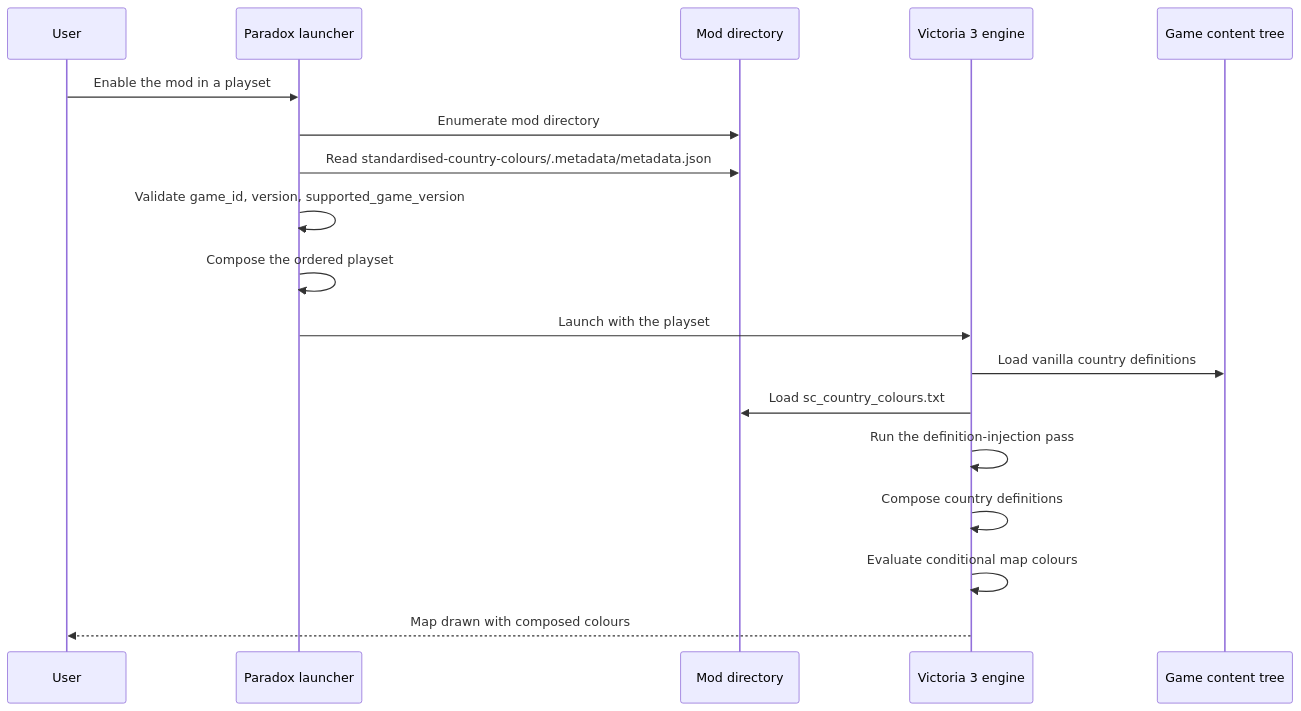
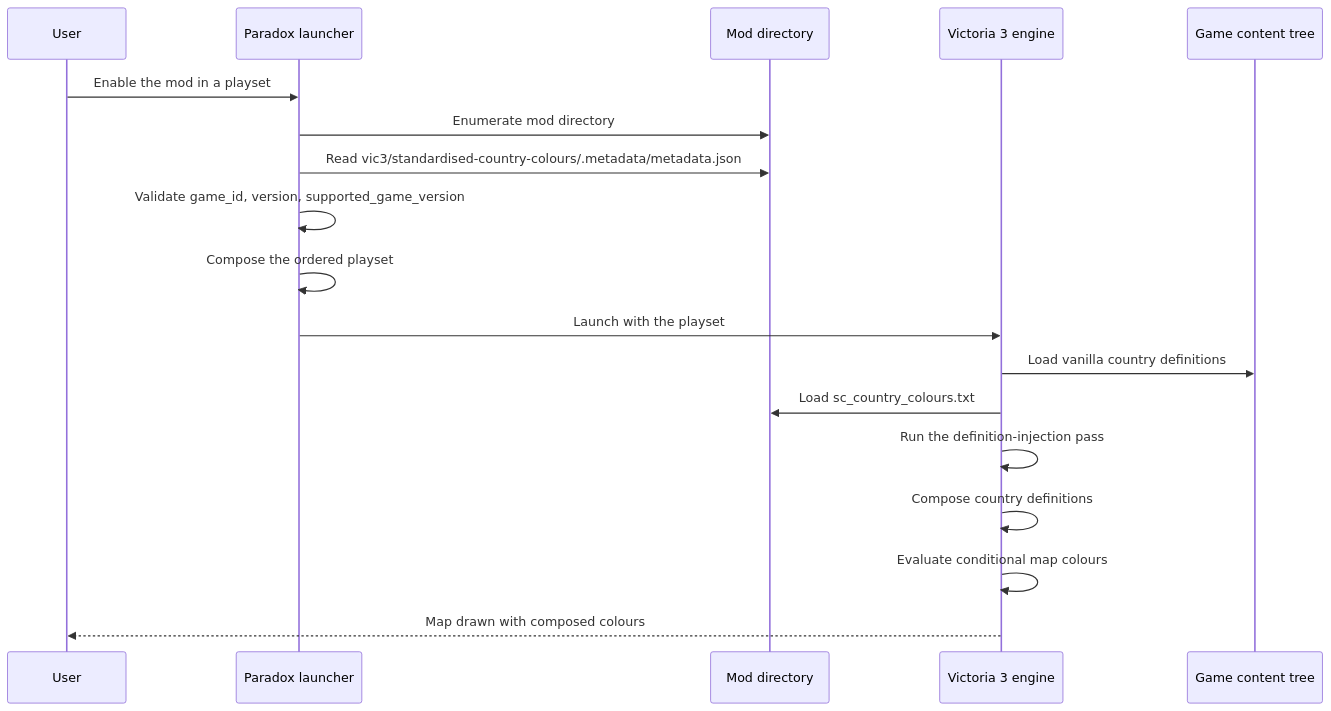
Before and after one commit to hmlendea/standardised-country-colours: the diagram in docs/flows/mod-discovery-and-load.md, drawn with Mermaid. The commit also changed 23 other files, not shown here.

````diff
--- a/docs/flows/mod-discovery-and-load.md
+++ b/docs/flows/mod-discovery-and-load.md
@@ -7,20 +7,20 @@
 ```mermaid
 sequenceDiagram
   participant U as User
   participant L as Paradox launcher
   participant FS as Mod directory
   participant E as Victoria 3 engine
   participant G as Game content tree
   U->>L: Enable the mod in a playset
   L->>FS: Enumerate mod directory
-  L->>FS: Read standardised-country-colours/.metadata/metadata.json
+  L->>FS: Read vic3/standardised-country-colours/.metadata/metadata.json
   L->>L: Validate game_id, version, supported_game_version
   L->>L: Compose the ordered playset
   L->>E: Launch with the playset
   E->>G: Load vanilla country definitions
   E->>FS: Load sc_country_colours.txt
   E->>E: Run the definition-injection pass
   E->>E: Compose country definitions
   E->>E: Evaluate conditional map colours
   E-->>U: Map drawn with composed colours
 ```
````
